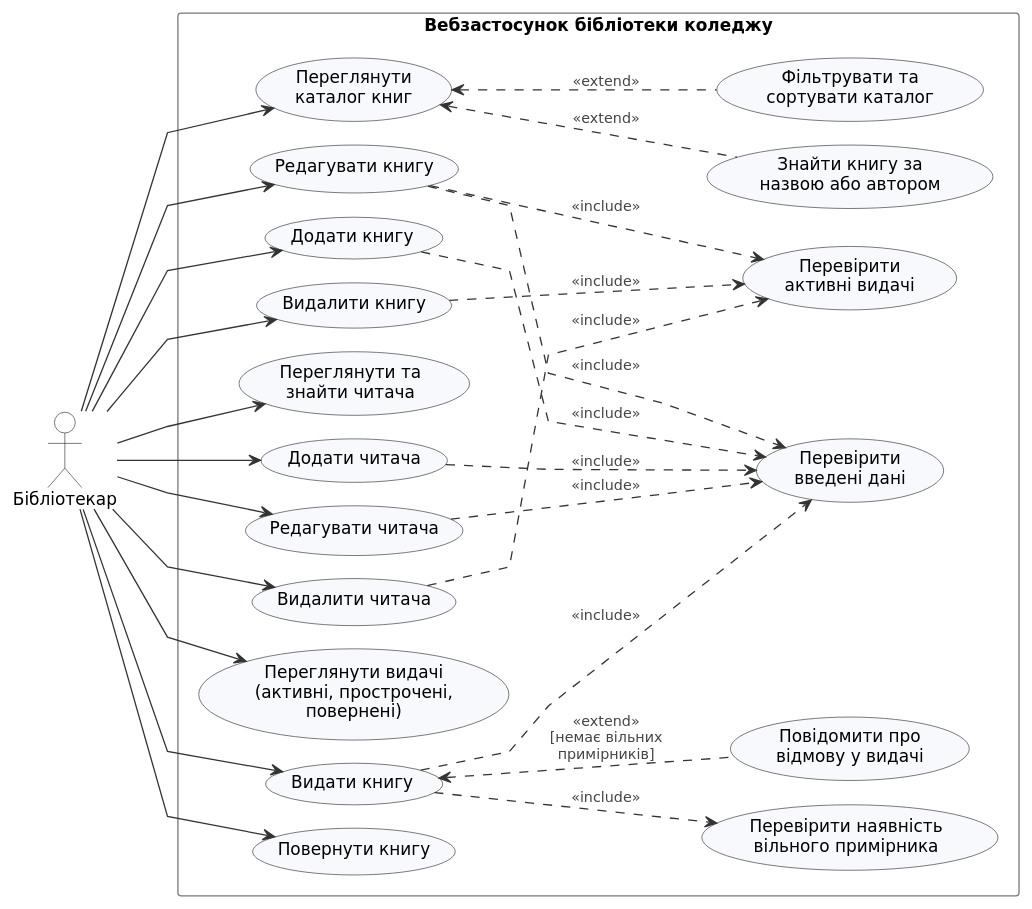
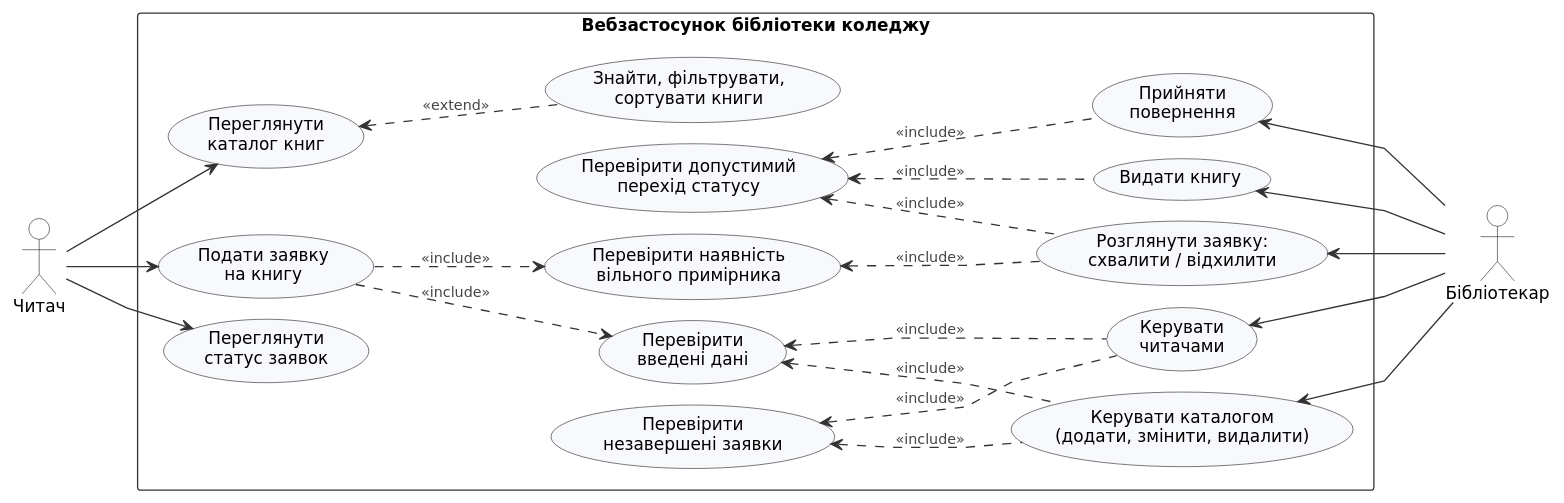
One commit to Graf22-jpg/course-project changed the diagram in docs/uml/use-case.puml. Above: the diagram before and after it, drawn with PlantUML. The commit also changed 38 other files, not shown here.

Commit message:
Етап 3: сторінки client.html і admin.html, спільні стилі, GET-запити, моделі та патерни

```diff
--- a/docs/uml/use-case.puml
+++ b/docs/uml/use-case.puml
@@ -1,78 +1,65 @@
 @startuml use-case
-' Діаграма прецедентів (варіантів використання)
-' Вебзастосунок обліку та видачі книг бібліотеки коледжу
+' Діаграма прецедентів: дві ролі — читач (client.html) і бібліотекар (admin.html)
 
 left to right direction
 skinparam defaultFontName "DejaVu Sans"
 skinparam defaultFontSize 13
 skinparam shadowing false
 skinparam backgroundColor white
 skinparam ArrowColor #333333
 skinparam actorBorderColor #333333
 skinparam actorBackgroundColor white
 skinparam usecaseBorderColor #333333
 skinparam usecaseBackgroundColor #F7F9FC
 skinparam rectangleBorderColor #333333
-skinparam packageBorderColor #777777
-skinparam packageBackgroundColor white
 skinparam ArrowFontSize 11
 skinparam ArrowFontColor #444444
 skinparam linetype polyline
-skinparam nodesep 18
-skinparam ranksep 60
+skinparam nodesep 16
+skinparam ranksep 70
 
+actor "Читач" as Reader
 actor "Бібліотекар" as Librarian
 
 rectangle "Вебзастосунок бібліотеки коледжу" {
+  usecase "Переглянути\nкаталог книг" as UC1
+  usecase "Знайти, фільтрувати,\nсортувати книги" as UC2
+  usecase "Подати заявку\nна книгу" as UC3
+  usecase "Переглянути\nстатус заявок" as UC4
 
-    usecase "Переглянути\nкаталог книг" as UC1
-    usecase "Додати книгу" as UC4
-    usecase "Редагувати книгу" as UC5
-    usecase "Видалити книгу" as UC6
-    usecase "Знайти книгу за\nназвою або автором" as UC2
-    usecase "Фільтрувати та\nсортувати каталог" as UC3
-
-    usecase "Переглянути та\nзнайти читача" as UC7
-    usecase "Додати читача" as UC8
-    usecase "Редагувати читача" as UC9
-    usecase "Видалити читача" as UC10
-
-    usecase "Переглянути видачі\n(активні, прострочені,\nповернені)" as UC13
-    usecase "Видати книгу" as UC11
-    usecase "Повернути книгу" as UC12
-    usecase "Перевірити наявність\nвільного примірника" as CHK_AVAIL
-    usecase "Повідомити про\nвідмову у видачі" as DENY
+  usecase "Розглянути заявку:\nсхвалити / відхилити" as UC5
+  usecase "Видати книгу" as UC6
+  usecase "Прийняти\nповернення" as UC7
+  usecase "Керувати каталогом\n(додати, змінити, видалити)" as UC8
+  usecase "Керувати\nчитачами" as UC9
 
   usecase "Перевірити\nвведені дані" as CHK_INPUT
-  usecase "Перевірити\nактивні видачі" as CHK_LOANS
+  usecase "Перевірити наявність\nвільного примірника" as CHK_AVAIL
+  usecase "Перевірити допустимий\nперехід статусу" as CHK_STATE
+  usecase "Перевірити\nнезавершені заявки" as CHK_ACTIVE
 }
 
-Librarian --> UC1
-Librarian --> UC4
-Librarian --> UC5
-Librarian --> UC6
-Librarian --> UC7
-Librarian --> UC8
-Librarian --> UC9
-Librarian --> UC10
-Librarian --> UC13
-Librarian --> UC11
-Librarian --> UC12
+Reader --> UC1
+Reader --> UC3
+Reader --> UC4
+UC1 <.. UC2 : <<extend>>
 
-UC1 <.. UC2 : <<extend>>
-UC1 <.. UC3 : <<extend>>
+UC3 ..> CHK_INPUT : <<include>>
+UC3 ..> CHK_AVAIL : <<include>>
 
-UC11 ..> CHK_AVAIL : <<include>>
-UC11 <.. DENY : <<extend>>\n[немає вільних\nпримірників]
+UC5 <-- Librarian
+UC6 <-- Librarian
+UC7 <-- Librarian
+UC8 <-- Librarian
+UC9 <-- Librarian
 
-UC4 ..> CHK_INPUT : <<include>>
-UC5 ..> CHK_INPUT : <<include>>
-UC8 ..> CHK_INPUT : <<include>>
-UC9 ..> CHK_INPUT : <<include>>
-UC11 ..> CHK_INPUT : <<include>>
-
-UC5 ..> CHK_LOANS : <<include>>
-UC6 ..> CHK_LOANS : <<include>>
-UC10 ..> CHK_LOANS : <<include>>
+CHK_STATE <.. UC5 : <<include>>
+CHK_STATE <.. UC6 : <<include>>
+CHK_STATE <.. UC7 : <<include>>
+CHK_AVAIL <.. UC5 : <<include>>
+CHK_INPUT <.. UC8 : <<include>>
+CHK_INPUT <.. UC9 : <<include>>
+CHK_ACTIVE <.. UC8 : <<include>>
+CHK_ACTIVE <.. UC9 : <<include>>
 
 @enduml
```
